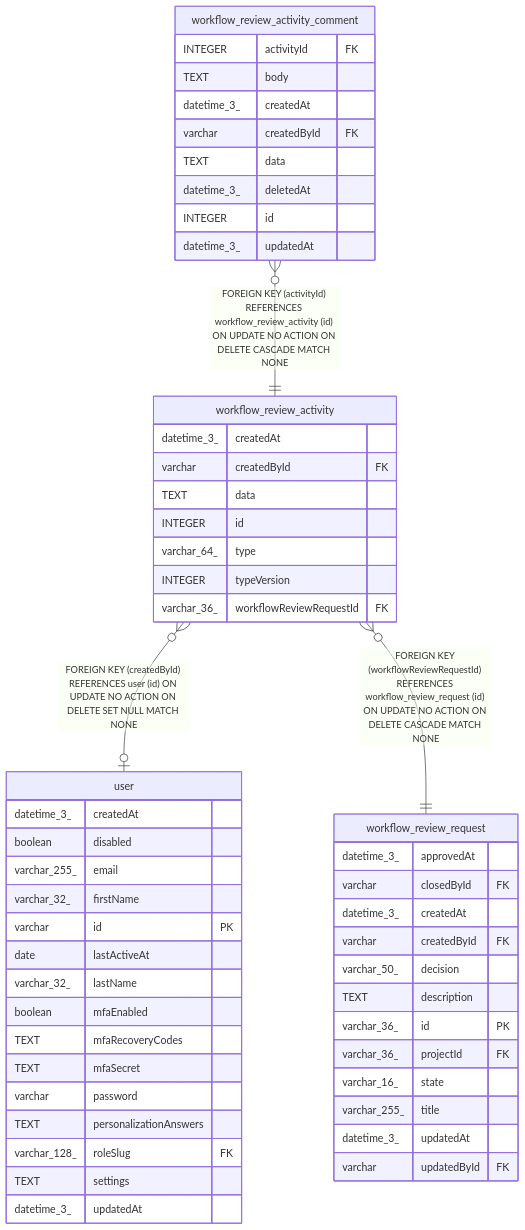
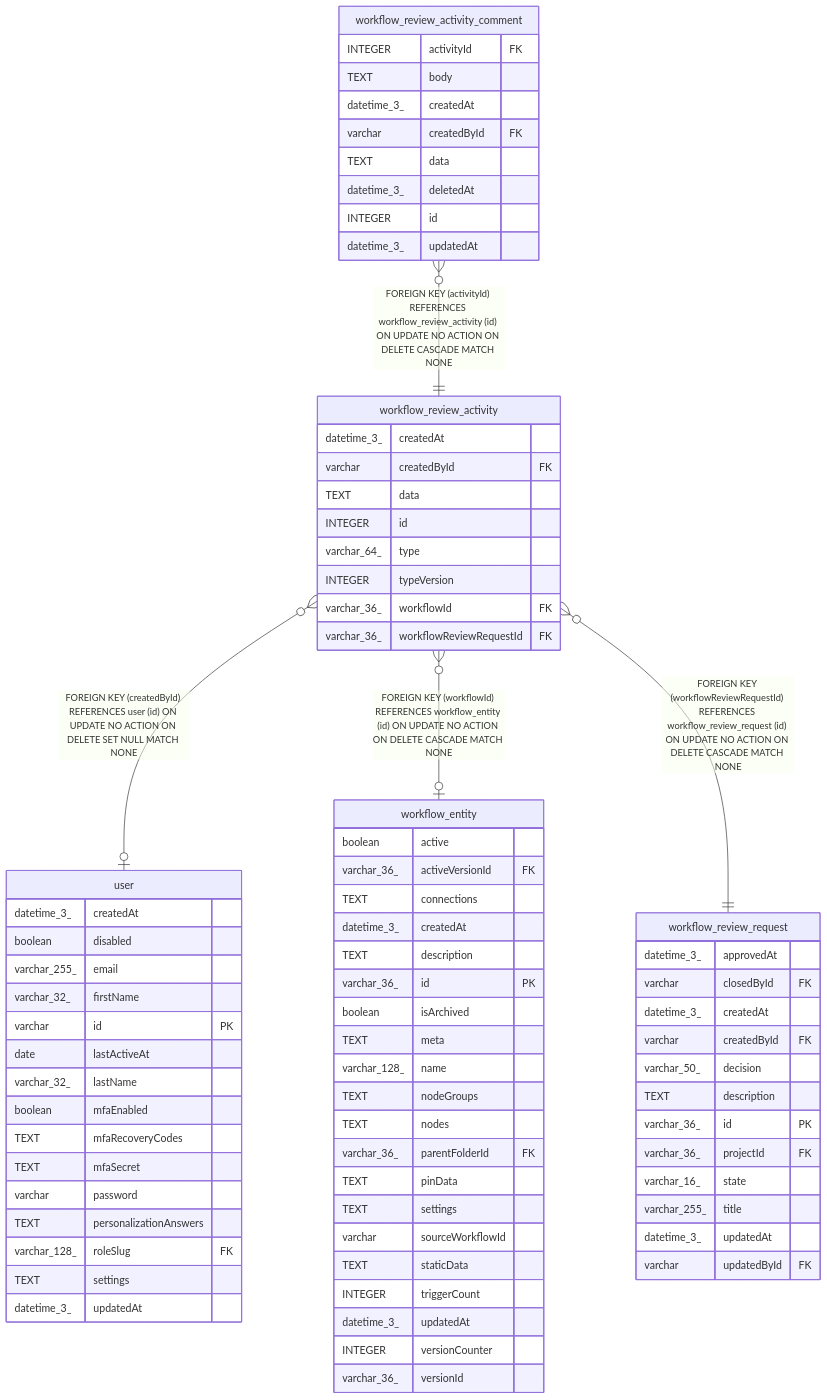
Before and after one commit to mayankjain1815-commits/n8n: the diagram in docs/generated/sqlite-schema/workflow_review_activity.md, drawn with Mermaid. The commit also changed other lines of this file and 16 other files, not shown here.

First line of the commit message:
feat(core): Scope activity entries to a workflow and index the authors table (no-changelog)

````diff
--- a/docs/generated/sqlite-schema/workflow_review_activity.md
+++ b/docs/generated/sqlite-schema/workflow_review_activity.md
@@ -43,58 +45,82 @@
 ```mermaid
 erDiagram
 
 "workflow_review_activity" }o--o| "user" : "FOREIGN KEY (createdById) REFERENCES user (id) ON UPDATE NO ACTION ON DELETE SET NULL MATCH NONE"
 "workflow_review_activity_comment" }o--|| "workflow_review_activity" : "FOREIGN KEY (activityId) REFERENCES workflow_review_activity (id) ON UPDATE NO ACTION ON DELETE CASCADE MATCH NONE"
+"workflow_review_activity" }o--o| "workflow_entity" : "FOREIGN KEY (workflowId) REFERENCES workflow_entity (id) ON UPDATE NO ACTION ON DELETE CASCADE MATCH NONE"
 "workflow_review_activity" }o--|| "workflow_review_request" : "FOREIGN KEY (workflowReviewRequestId) REFERENCES workflow_review_request (id) ON UPDATE NO ACTION ON DELETE CASCADE MATCH NONE"
 
 "workflow_review_activity" {
   datetime_3_ createdAt
   varchar createdById FK
   TEXT data
   INTEGER id
   varchar_64_ type
   INTEGER typeVersion
+  varchar_36_ workflowId FK
   varchar_36_ workflowReviewRequestId FK
 }
 "user" {
   datetime_3_ createdAt
   boolean disabled
   varchar_255_ email
   varchar_32_ firstName
   varchar id PK
   date lastActiveAt
   varchar_32_ lastName
   boolean mfaEnabled
   TEXT mfaRecoveryCodes
   TEXT mfaSecret
   varchar password
   TEXT personalizationAnswers
   varchar_128_ roleSlug FK
   TEXT settings
   datetime_3_ updatedAt
 }
 "workflow_review_activity_comment" {
   INTEGER activityId FK
   TEXT body
   datetime_3_ createdAt
   varchar createdById FK
   TEXT data
   datetime_3_ deletedAt
   INTEGER id
   datetime_3_ updatedAt
 }
+"workflow_entity" {
+  boolean active
+  varchar_36_ activeVersionId FK
+  TEXT connections
+  datetime_3_ createdAt
+  TEXT description
+  varchar_36_ id PK
+  boolean isArchived
+  TEXT meta
+  varchar_128_ name
+  TEXT nodeGroups
+  TEXT nodes
+  varchar_36_ parentFolderId FK
+  TEXT pinData
+  TEXT settings
+  varchar sourceWorkflowId
+  TEXT staticData
+  INTEGER triggerCount
+  datetime_3_ updatedAt
+  INTEGER versionCounter
+  varchar_36_ versionId
+}
 "workflow_review_request" {
   datetime_3_ approvedAt
   varchar closedById FK
   datetime_3_ createdAt
   varchar createdById FK
   varchar_50_ decision
   TEXT description
   varchar_36_ id PK
   varchar_36_ projectId FK
   varchar_16_ state
   varchar_255_ title
   datetime_3_ updatedAt
   varchar updatedById FK
 }
 ```
````
